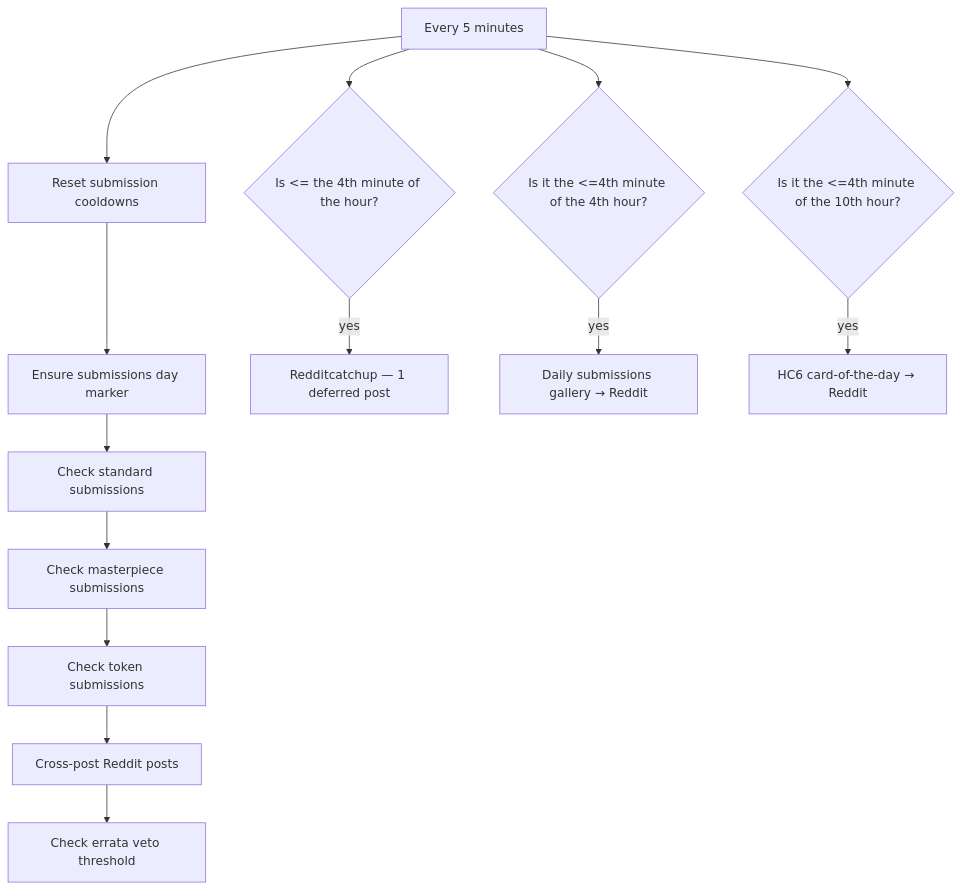
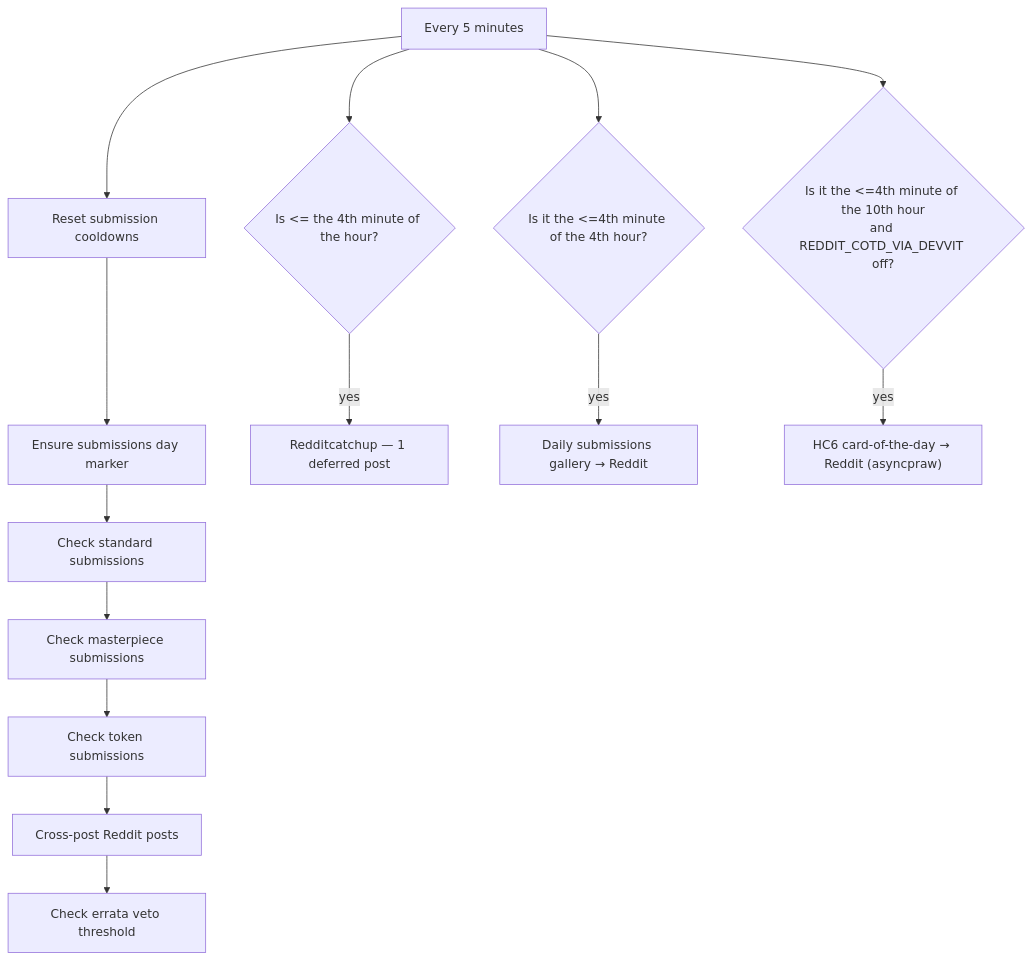
Before and after one commit to bones-bones/mork: the first of 5 diagrams in docs/card-flows/background.md, drawn with Mermaid. The commit also changed other lines of this file and 20 other files, not shown here.

````diff
--- a/docs/card-flows/background.md
+++ b/docs/card-flows/background.md
@@ -9,17 +9,17 @@
 ```mermaid
 flowchart TD
   LOOP["Every 5 minutes"] --> R1["Reset submission cooldowns"]
   R1 --> R2["Ensure submissions day marker"]
   R2 --> R3["Check standard submissions"]
   R3 --> R4["Check masterpiece submissions"]
   R4 --> R5["Check token submissions"]
   R5 --> R6["Cross-post Reddit posts"]
   R6 --> R7["Check errata veto threshold"]
 
   LOOP --> T0{"Is <= the 4th minute of the hour?"}
   T0 -->|yes| RC["Redditcatchup — 1 deferred post"]
   LOOP --> T1{"Is it the <=4th minute of the 4th hour?"}
   T1 -->|yes| GAL["Daily submissions gallery → Reddit"]
-  LOOP --> T2{"Is it the <=4th minute of the 10th hour?"}
-  T2 -->|yes| COTD["HC6 card-of-the-day → Reddit"]
+  LOOP --> T2{"Is it the <=4th minute of the 10th hour<br/>and REDDIT_COTD_VIA_DEVVIT off?"}
+  T2 -->|yes| COTD["HC6 card-of-the-day → Reddit (asyncpraw)"]
 ```
````
